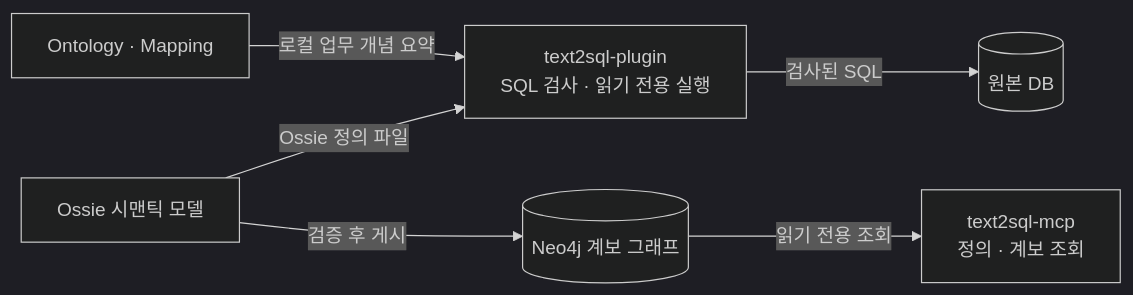
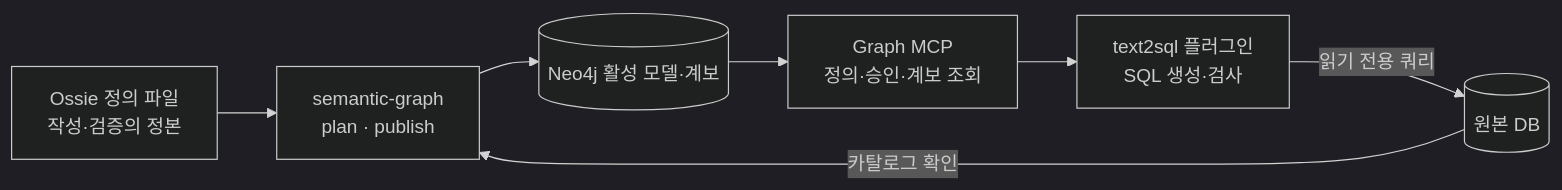
One commit to zisu17/text2sql changed the diagram in README.md. Above: the diagram before and after it, drawn with Mermaid (dark theme). The commit also changed other lines of this file, not shown here.

````diff
--- a/README.md
+++ b/README.md
@@ -19,15 +22,9 @@
 ```mermaid
 flowchart LR
-    O[Ossie 시맨틱 모델]
-    C[Ontology · Mapping]
-    P[text2sql-plugin<br/>SQL 검사 · 읽기 전용 실행]
-    DB[(원본 DB)]
-    G[(Neo4j 계보 그래프)]
-    M[text2sql-mcp<br/>정의 · 계보 조회]
-
-    O -->|Ossie 정의 파일| P
-    C -->|로컬 업무 개념 요약| P
-    P -->|검사된 SQL| DB
-    O -->|검증 후 게시| G
-    G -->|읽기 전용 조회| M
+    Y[Ossie 정의 파일<br/>작성·검증의 정본] --> P[semantic-graph<br/>plan · publish]
+    D[(원본 DB)] -->|카탈로그 확인| P
+    P --> G[(Neo4j 활성 모델·계보)]
+    G --> M[Graph MCP<br/>정의·승인·계보 조회]
+    M --> T[text2sql 플러그인<br/>SQL 생성·검사]
+    T -->|읽기 전용 쿼리| D
 ```
````
